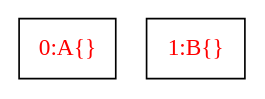
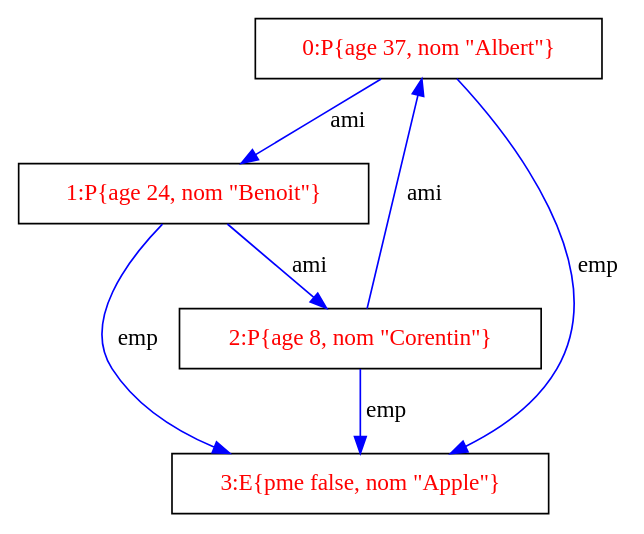
One commit to AziGod/TypePreuveProjet changed the diagram in graph.dot. Above: the diagram before and after it, drawn with Graphviz. The commit also changed 163 other files, not shown here.

```diff
--- a/graph.dot
+++ b/graph.dot
@@ -1,7 +1,15 @@
 digraph G {
-  0 [label="0:A{}", shape=box, fontcolor="#FF0000", ];
-  1 [label="1:B{}", shape=box, fontcolor="#FF0000", ];
+  0 [label="0:P{age 37, nom \"Albert\"}", shape=box, fontcolor="#FF0000", ];
+  1 [label="1:P{age 24, nom \"Benoit\"}", shape=box, fontcolor="#FF0000", ];
+  2 [label="2:P{age 8, nom \"Corentin\"}", shape=box, fontcolor="#FF0000", ];
+  3 [label="3:E{pme false, nom \"Apple\"}", shape=box, fontcolor="#FF0000", ];
   
   
+  0 -> 1 [color="#0000FF", label="ami", ];
+  0 -> 3 [color="#0000FF", label="emp", ];
+  1 -> 2 [color="#0000FF", label="ami", ];
+  1 -> 3 [color="#0000FF", label="emp", ];
+  2 -> 0 [color="#0000FF", label="ami", ];
+  2 -> 3 [color="#0000FF", label="emp", ];
   
   }
```
